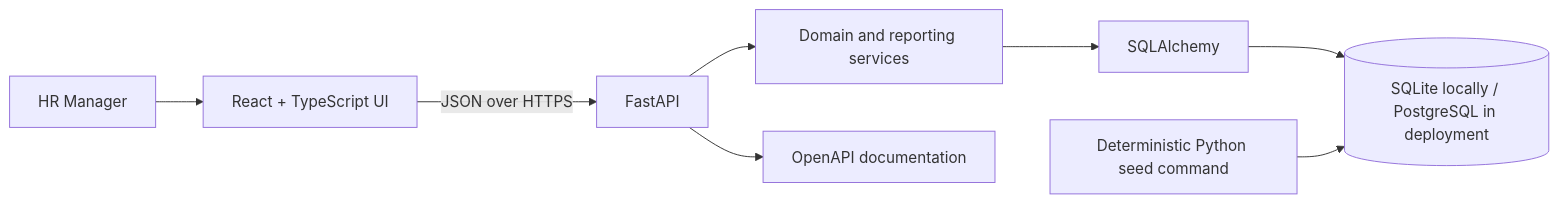
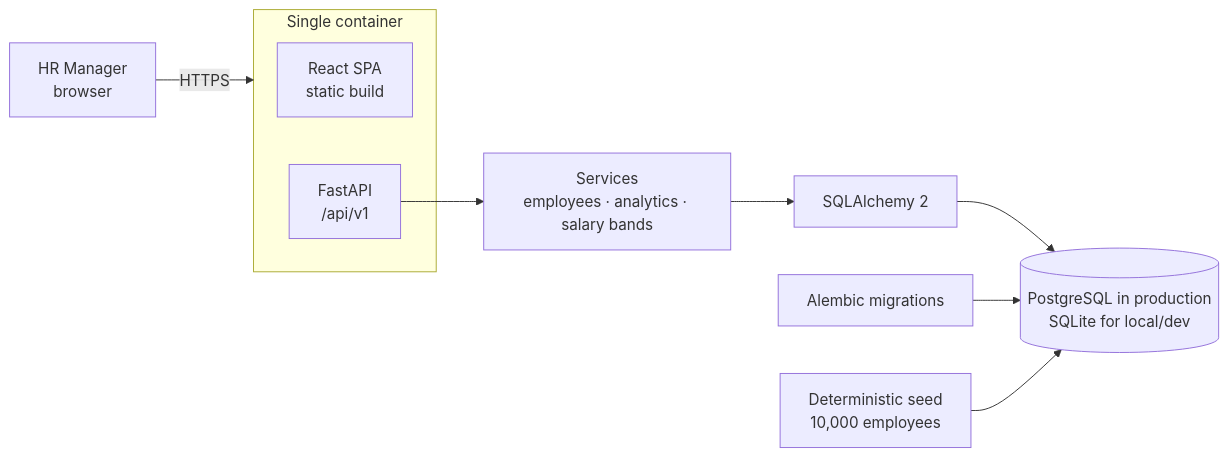
The first of 2 diagrams in docs/architecture.md (ronakkhandlwl/acme-salary-manager), drawn with Mermaid before and after one commit. The commit also changed other lines of this file and 6 other files, not shown here.

First line of the commit message:
docs: document architecture, decisions, AI usage, demo and deployment

````diff
--- a/docs/architecture.md
+++ b/docs/architecture.md
@@ -3,10 +3,15 @@
 ```mermaid
 flowchart LR
-  HR[HR Manager] --> UI[React + TypeScript UI]
-  UI -->|JSON over HTTPS| API[FastAPI]
-  API --> Services[Domain and reporting services]
-  Services --> ORM[SQLAlchemy]
-  ORM --> DB[(SQLite locally / PostgreSQL in deployment)]
-  Seed[Deterministic Python seed command] --> DB
-  API --> OpenAPI[OpenAPI documentation]
+  HR[HR Manager<br/>browser] -->|HTTPS| APP
+
+  subgraph APP[Single container]
+    UI[React SPA<br/>static build] 
+    API[FastAPI<br/>/api/v1]
+  end
+
+  API --> SVC[Services<br/>employees · analytics · salary bands]
+  SVC --> ORM[SQLAlchemy 2]
+  ORM --> DB[(PostgreSQL in production<br/>SQLite for local/dev)]
+  MIG[Alembic migrations] --> DB
+  SEED[Deterministic seed<br/>10,000 employees] --> DB
 ```
````
